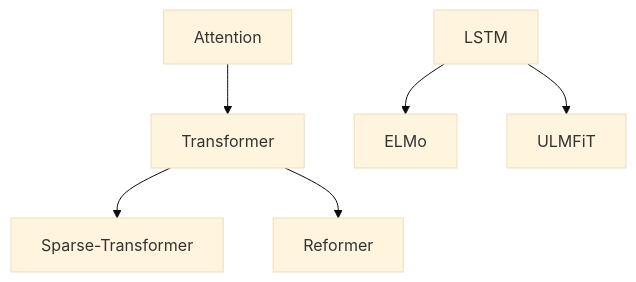
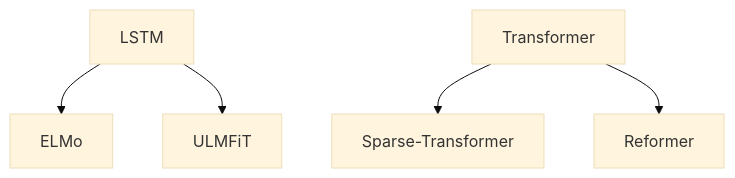
Before and after one commit to ted-sharp/chatvox: the third of 20 diagrams in doc/llm.md, drawn with Mermaid (base theme). The commit also changed other lines of this file, not shown here.

````diff
--- a/doc/llm.md
+++ b/doc/llm.md
@@ -139,10 +149,9 @@
 ```mermaid
 flowchart
 
-Attention --> Transformer
 LSTM --> ELMo
 LSTM --> ULMFiT
 Transformer --> Sparse-Transformer
 Transformer --> Reformer
 
 ```
````
